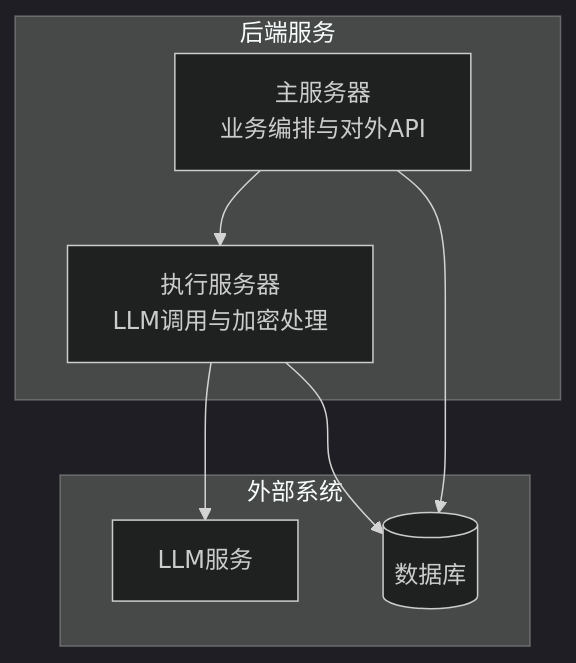
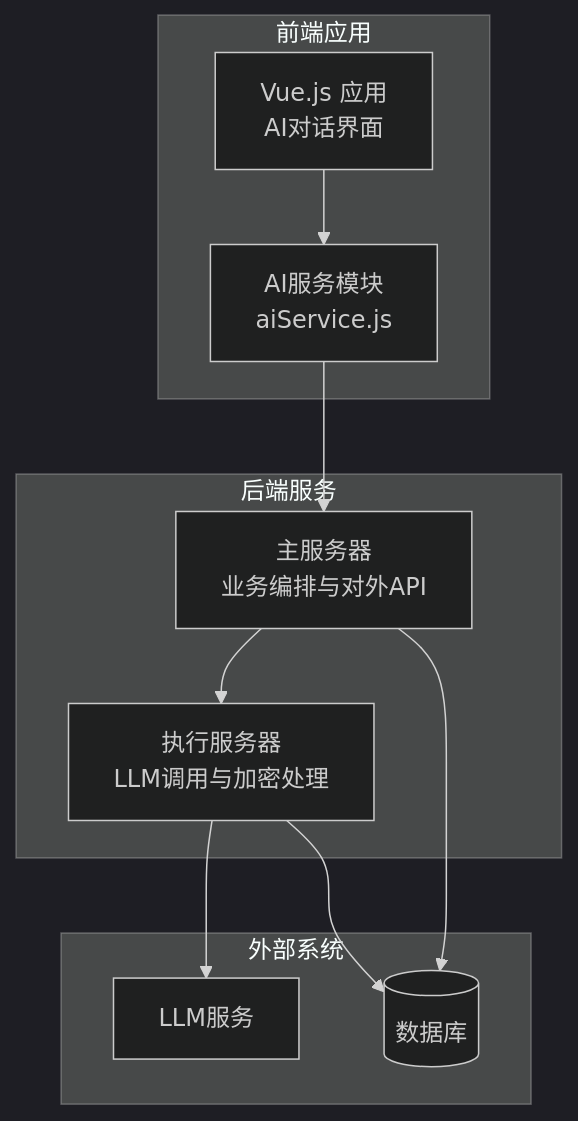
Before and after one commit to liuzh2008/med_ai_assistant_workspace: the first of 7 diagrams in .qoder/repowiki/zh/content/核心功能模块/AI诊断辅助系统.md, drawn with Mermaid (dark theme). The commit also changed other lines of this file and 1 other file, not shown here.

````diff
--- a/.qoder/repowiki/zh/content/核心功能模块/AI诊断辅助系统.md
+++ b/.qoder/repowiki/zh/content/核心功能模块/AI诊断辅助系统.md
@@ -37,15 +53,21 @@
 ```mermaid
 graph TB
 subgraph "后端服务"
 Main["主服务器<br/>业务编排与对外API"]
 Exec["执行服务器<br/>LLM调用与加密处理"]
 end
+subgraph "前端应用"
+VueApp["Vue.js 应用<br/>AI对话界面"]
+AIService["AI服务模块<br/>aiService.js"]
+end
 subgraph "外部系统"
 LLM["LLM服务"]
 DB[("数据库")]
 end
+VueApp --> AIService
+AIService --> Main
 Main --> Exec
 Exec --> LLM
 Main --> DB
 Exec --> DB
 ```
````
